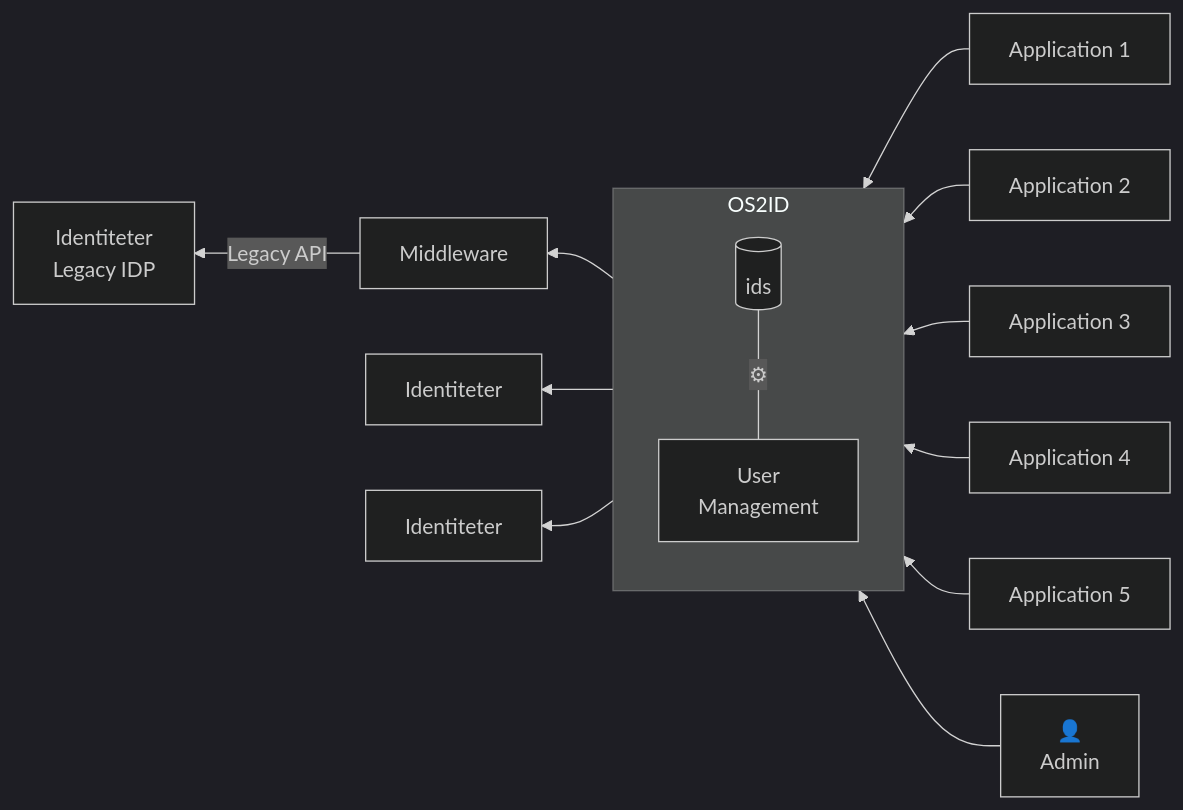
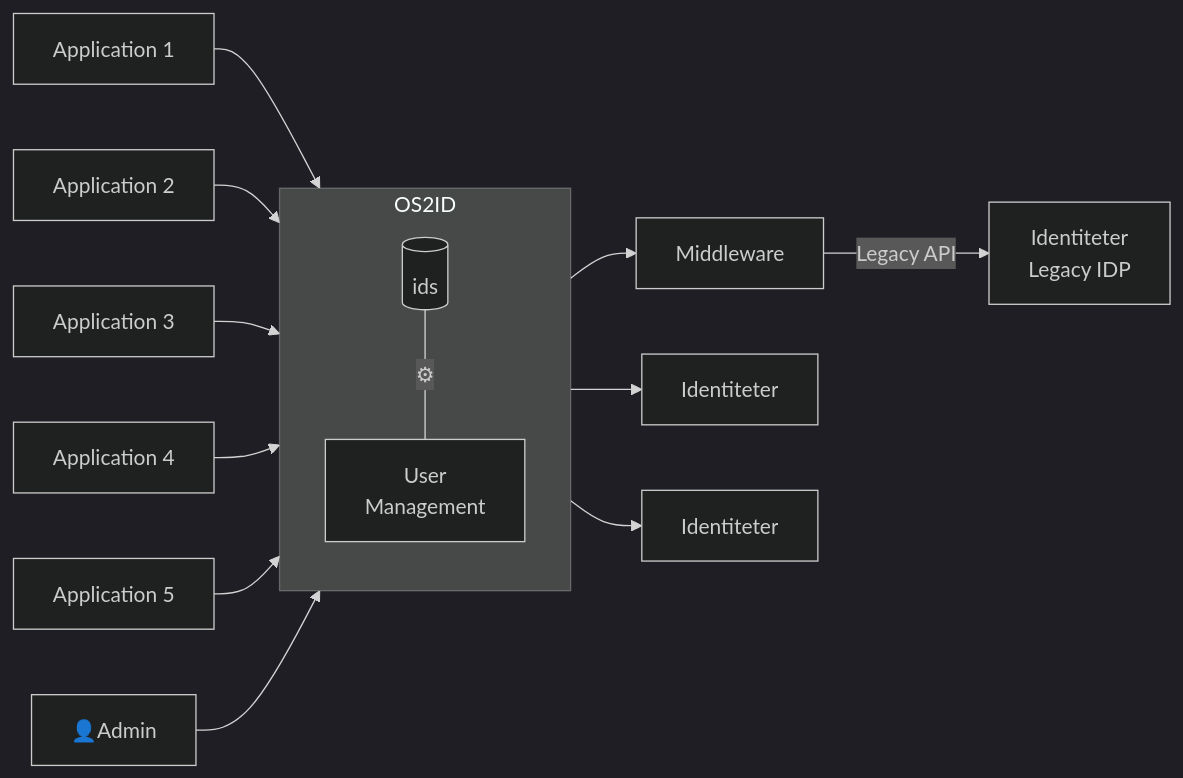
Before and after one commit to OS2sandbox/sandbox-myndighedsidentitet-issues: the diagram in docs/High_Level_Architecture.md, drawn with Mermaid (dark theme).

Commit message:
fix: escape unicode characters by adding quotes

````diff
--- a/docs/High_Level_Architecture.md
+++ b/docs/High_Level_Architecture.md
@@ -5,17 +5,17 @@
 ```mermaid
-graph RL
+graph LR
 
 subgraph B[OS2ID]
-    B1[(ids)]---|⚙|E[User\nManagement]
+    B1[(ids)]---|"⚙"|E[User\nManagement]
 end
     A1[Application 1] --> B
     A2[Application 2] --> B
     A3[Application 3] --> B
     A4[Application 4] --> B
     A5[Application 5] --> B
     B --> D[Middleware]
     B --> C1[Identiteter]
     B --> C2[Identiteter]
     D -->|Legacy API|C3[Identiteter \n Legacy IDP]
-    U[👤\nAdmin] -->B
+    U["👤Admin"] -->B
 ```
````
